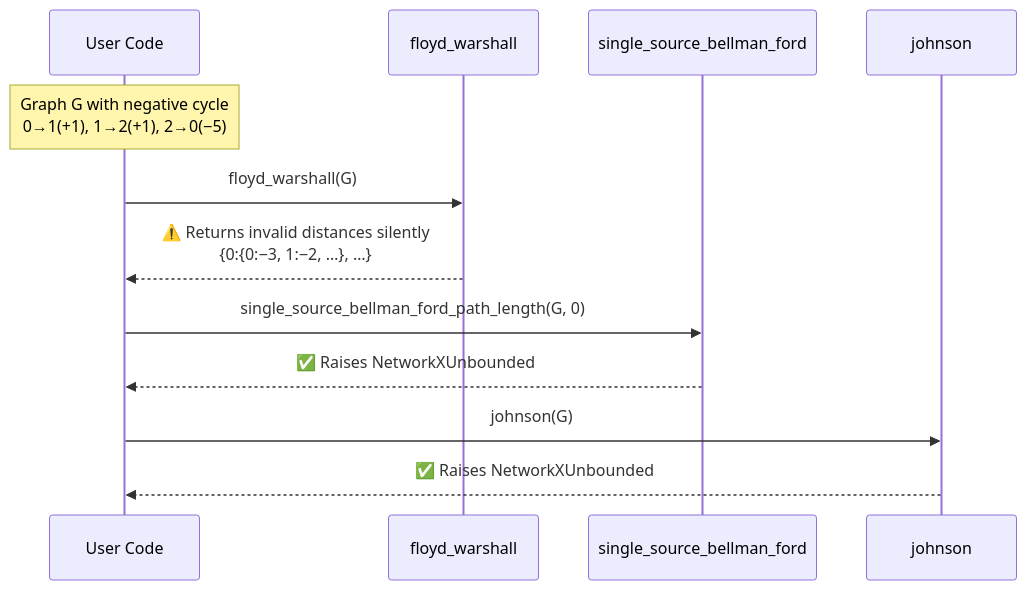
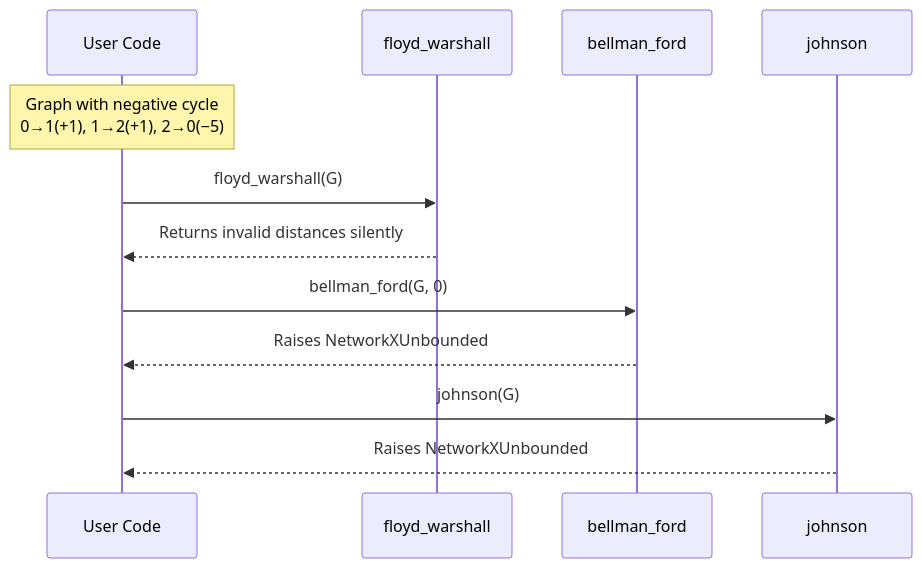
One commit to chandanraoiisc/Property-Based-Testing-E0251o-2026 changed the fourth of 4 diagrams in brijgopalb@iisc.ac.in/README.md. Above: the diagram before and after it, drawn with Mermaid. The commit also changed other lines of this file, not shown here.

````diff
--- a/brijgopalb@iisc.ac.in/README.md
+++ b/brijgopalb@iisc.ac.in/README.md
@@ -572,18 +198,18 @@
 ```mermaid
 sequenceDiagram
     participant U as User Code
     participant FW as floyd_warshall
-    participant BF as single_source_bellman_ford
+    participant BF as bellman_ford
     participant J  as johnson
 
-    Note over U: Graph G with negative cycle<br/>0→1(+1), 1→2(+1), 2→0(−5)
+    Note over U: Graph with negative cycle<br/>0→1(+1), 1→2(+1), 2→0(−5)
 
     U->>FW: floyd_warshall(G)
-    FW-->>U: ⚠️ Returns invalid distances silently<br/>{0:{0:−3, 1:−2, …}, …}
+    FW-->>U: Returns invalid distances silently
 
-    U->>BF: single_source_bellman_ford_path_length(G, 0)
-    BF-->>U: ✅ Raises NetworkXUnbounded
+    U->>BF: bellman_ford(G, 0)
+    BF-->>U: Raises NetworkXUnbounded
 
     U->>J: johnson(G)
-    J-->>U: ✅ Raises NetworkXUnbounded
+    J-->>U: Raises NetworkXUnbounded
 ```
````
